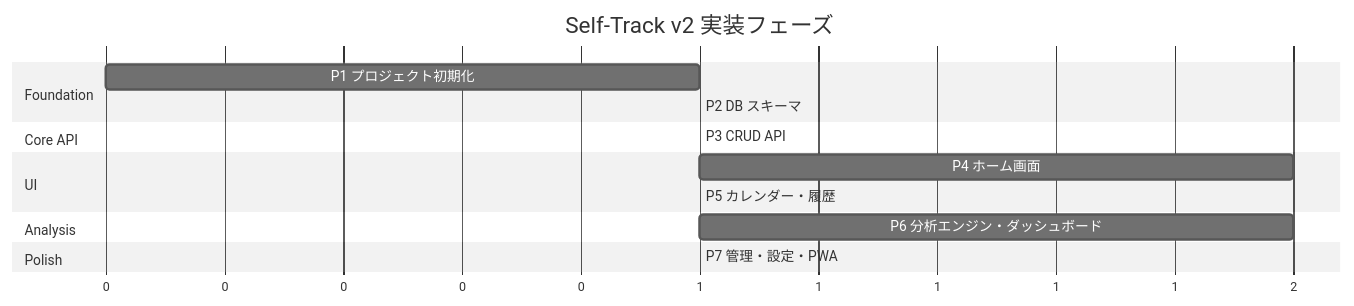
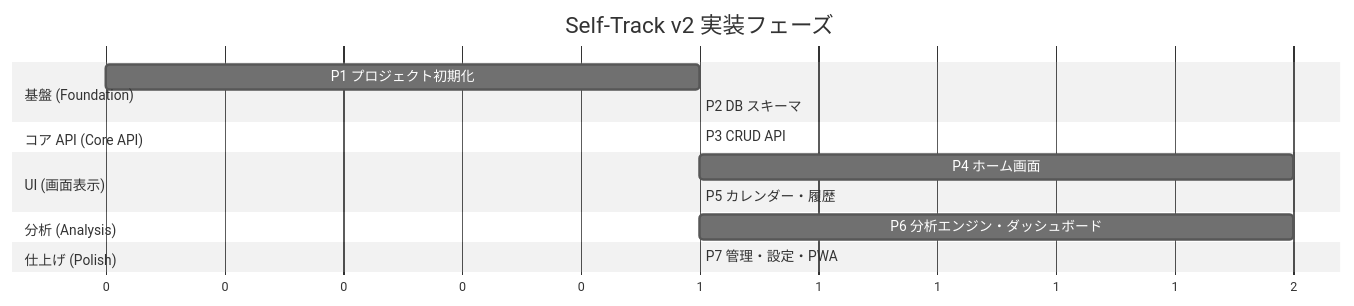
The diagram in docs/implementation_plan.md (tndd/self-track-v2), drawn with Mermaid (neutral theme) before and after one commit. The commit also changed other lines of this file and 7 other files, not shown here.

Commit message:
docs: update project documentation and architectural specifications across all reference files

````diff
--- a/docs/implementation_plan.md
+++ b/docs/implementation_plan.md
@@ -40,23 +40,23 @@
 ```mermaid
 gantt
     title Self-Track v2 実装フェーズ
     dateFormat X
     axisFormat %s
 
-    section Foundation
+    section 基盤 (Foundation)
     P1 プロジェクト初期化     :p1, 0, 1
     P2 DB スキーマ            :p2, after p1, 1
 
-    section Core API
+    section コア API (Core API)
     P3 CRUD API              :p3, after p2, 1
 
-    section UI
+    section UI (画面表示)
     P4 ホーム画面            :p4, after p3, 2
     P5 カレンダー・履歴      :p5, after p4, 1
 
-    section Analysis
+    section 分析 (Analysis)
     P6 分析エンジン・ダッシュボード :p6, after p5, 2
 
-    section Polish
+    section 仕上げ (Polish)
     P7 管理・設定・PWA       :p7, after p6, 1
 ```
````
